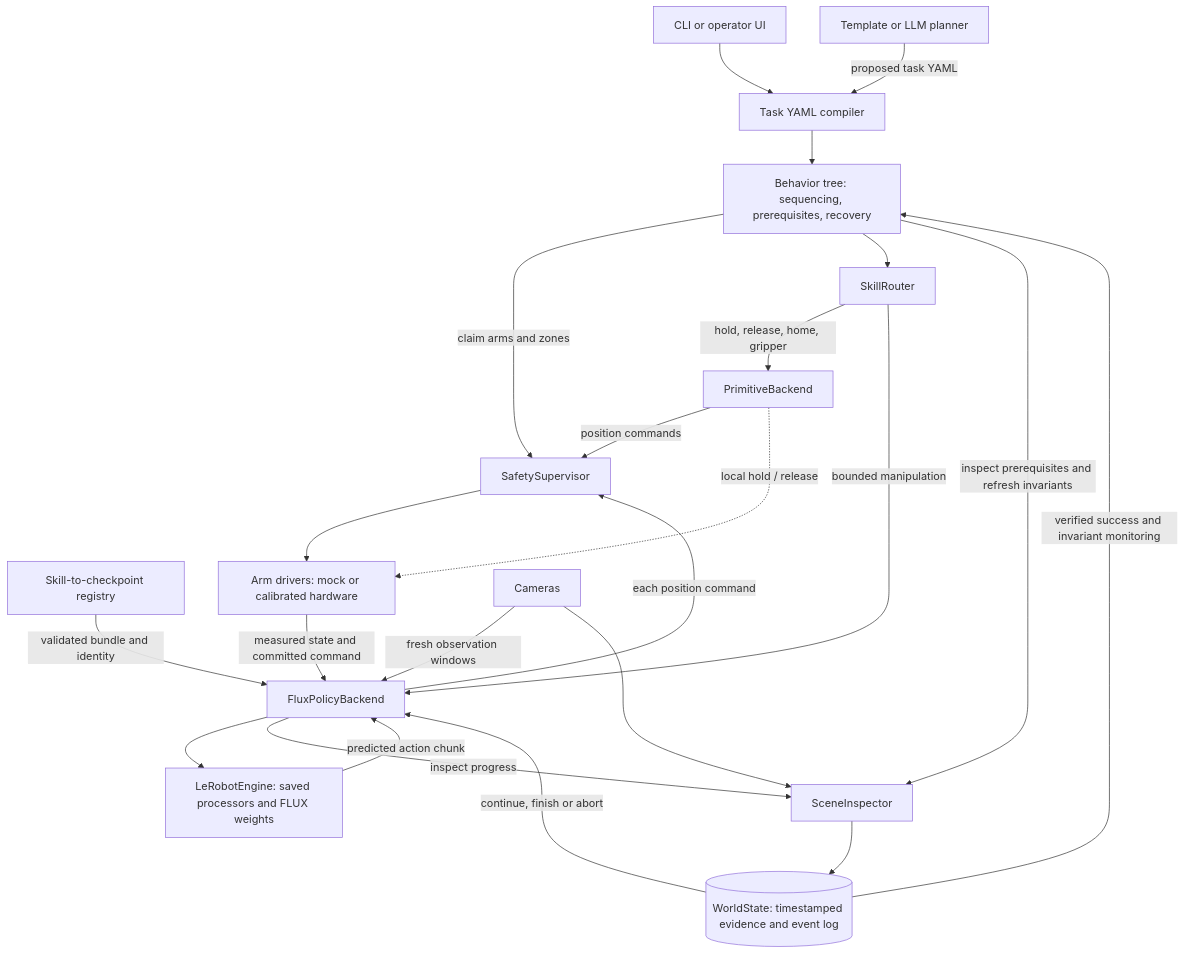
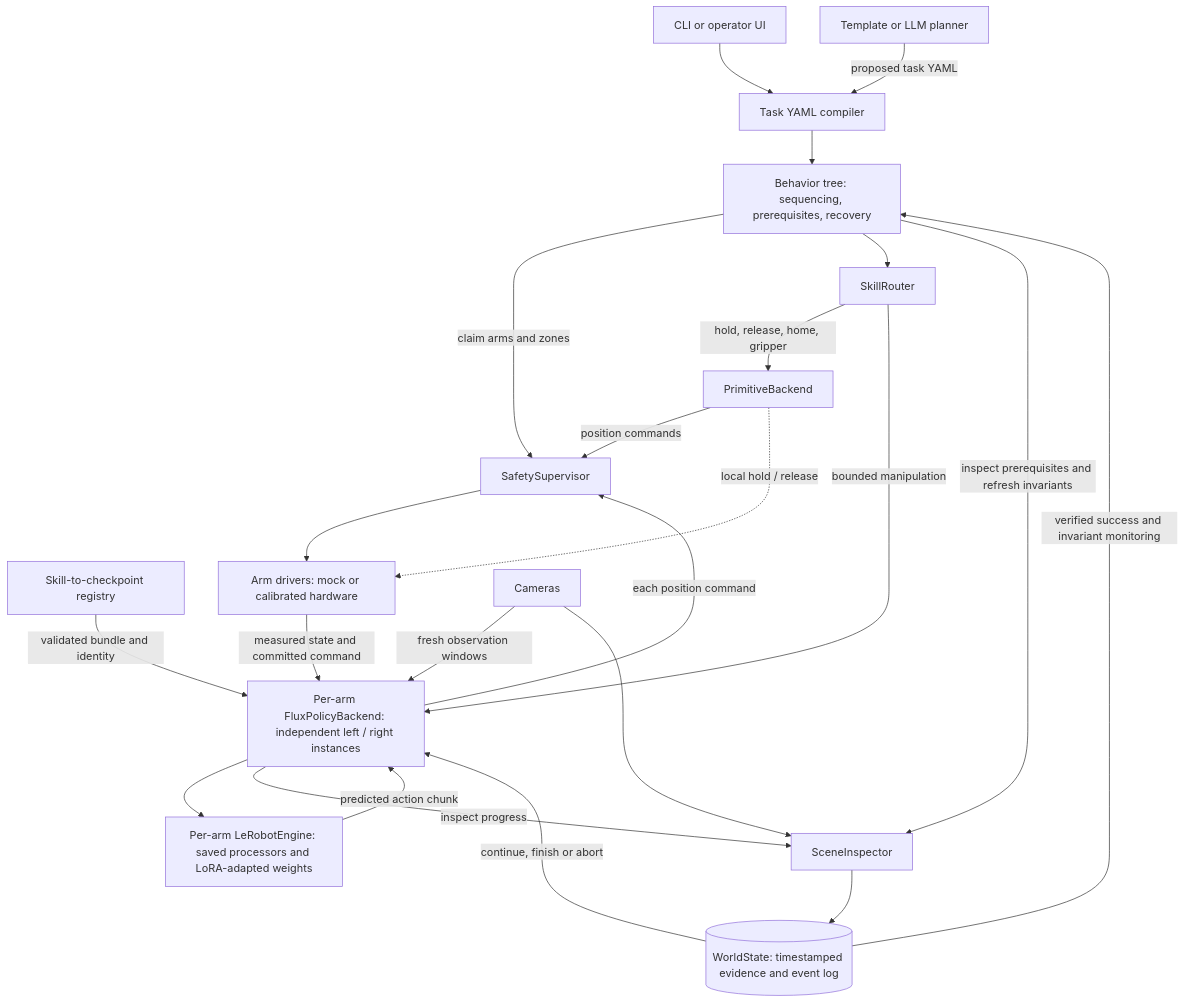
Before and after one commit to Javgilavi/liminal: the diagram in docs/architecture.md, drawn with Mermaid. The commit also changed other lines of this file and 27 other files, not shown here.

Commit message:
ws3: align runtime and docs with parallel per-arm LoRA policies

````diff
--- a/docs/architecture.md
+++ b/docs/architecture.md
@@ -17,25 +17,25 @@
 ```mermaid
 flowchart TB
     UI[CLI or operator UI] --> C[Task YAML compiler]
     P[Template or LLM planner] -->|proposed task YAML| C
     C --> BT[Behavior tree: sequencing, prerequisites, recovery]
     BT -->|claim arms and zones| S[SafetySupervisor]
     BT --> R[SkillRouter]
     R -->|hold, release, home, gripper| PRIM[PrimitiveBackend]
-    R -->|bounded manipulation| F[FluxPolicyBackend]
+    R -->|bounded manipulation| F[Per-arm FluxPolicyBackend: independent left / right instances]
     REG[Skill-to-checkpoint registry] -->|validated bundle and identity| F
-    F --> E[LeRobotEngine: saved processors and FLUX weights]
+    F --> E[Per-arm LeRobotEngine: saved processors and LoRA-adapted weights]
     E -->|predicted action chunk| F
     F -->|each position command| S
     PRIM -->|position commands| S
     S --> A[Arm drivers: mock or calibrated hardware]
     PRIM -.->|local hold / release| A
     A -->|measured state and committed command| F
     CAM[Cameras] -->|fresh observation windows| F
     CAM --> I[SceneInspector]
     F -->|inspect progress| I
     BT -->|inspect prerequisites and refresh invariants| I
     I --> W[(WorldState: timestamped evidence and event log)]
     W -->|verified success and invariant monitoring| BT
     W -->|continue, finish or abort| F
 ```
````
